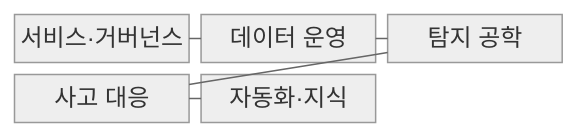
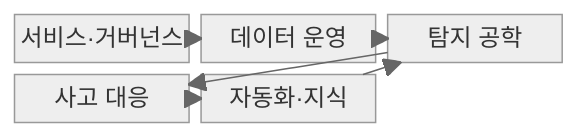
One commit to agnusdei1207/knowledge-base changed the first of 2 diagrams in src/content/docs/notes/05-security/034_security_operations_center.md. Above: the diagram before and after it, drawn with Mermaid (neutral theme). The commit also changed other lines of this file and 20 other files, not shown here.

````diff
--- a/src/content/docs/notes/05-security/034_security_operations_center.md
+++ b/src/content/docs/notes/05-security/034_security_operations_center.md
@@ -56,13 +56,14 @@
 ```mermaid
-block-beta
+block
   columns 3
   A["서비스·거버넌스"]
   B["데이터 운영"]
   C["탐지 공학"]
   D["사고 대응"]
   E["자동화·지식"]
-    A --- B
-    B --- C
-    C --- D
-    D --- E
+    A --> B
+    B --> C
+    C --> D
+    E --> C
+    E --> D
 ```
````
